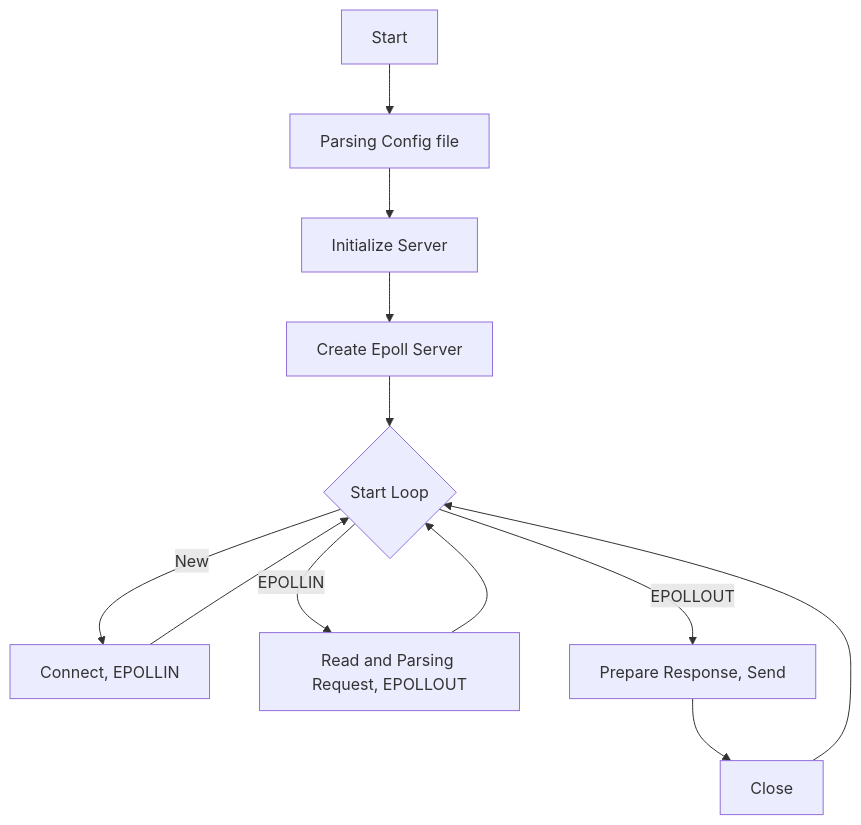
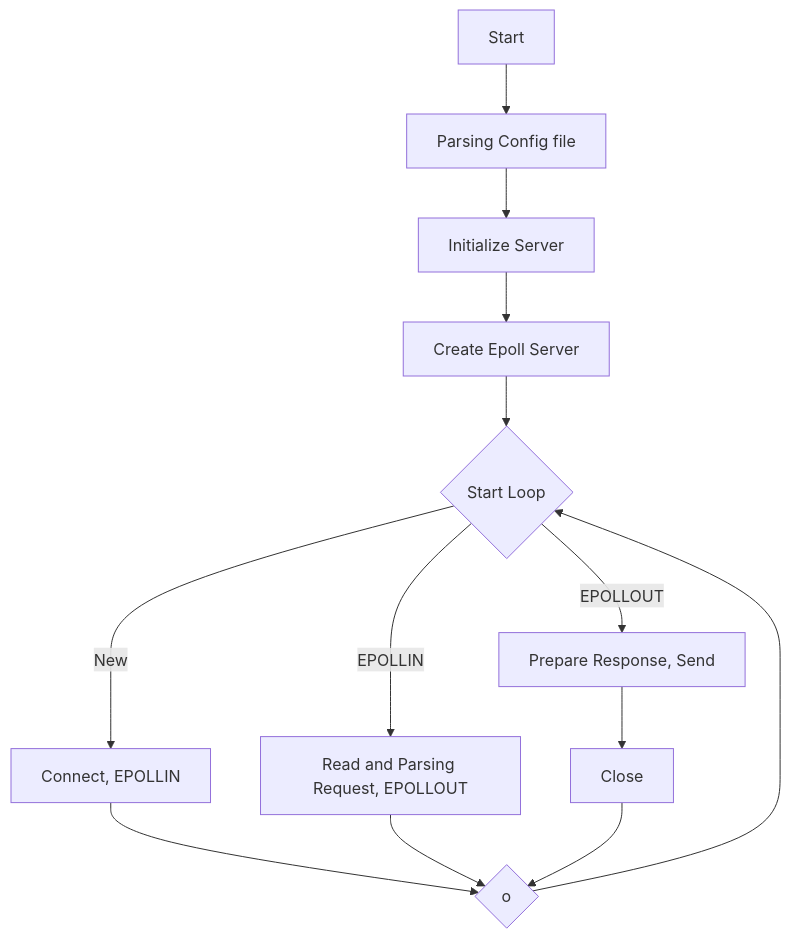
Before and after one commit to bankung7/42_webserv: the diagram in README.md, drawn with Mermaid.

````diff
--- a/README.md
+++ b/README.md
@@ -39,14 +39,15 @@
 ```mermaid
 flowchart TD
     A[Start] --> B[Parsing Config file];
     B --> C[Initialize Server];
     C --> D[Create Epoll Server];
     D --> DD{Start Loop};
     DD -- New --> D1[Connect, EPOLLIN];
-    D1 --> DD;
+    D1 --> F;
     DD -- EPOLLIN --> D2[Read and Parsing Request, EPOLLOUT];
-    D2 --> DD;
+    D2 --> F;
     DD -- EPOLLOUT --> D3[Prepare Response, Send];
     D3 --> E[Close];
-    E --> DD;
+    E --> F{o};
+    F --> DD;
 ```
````
